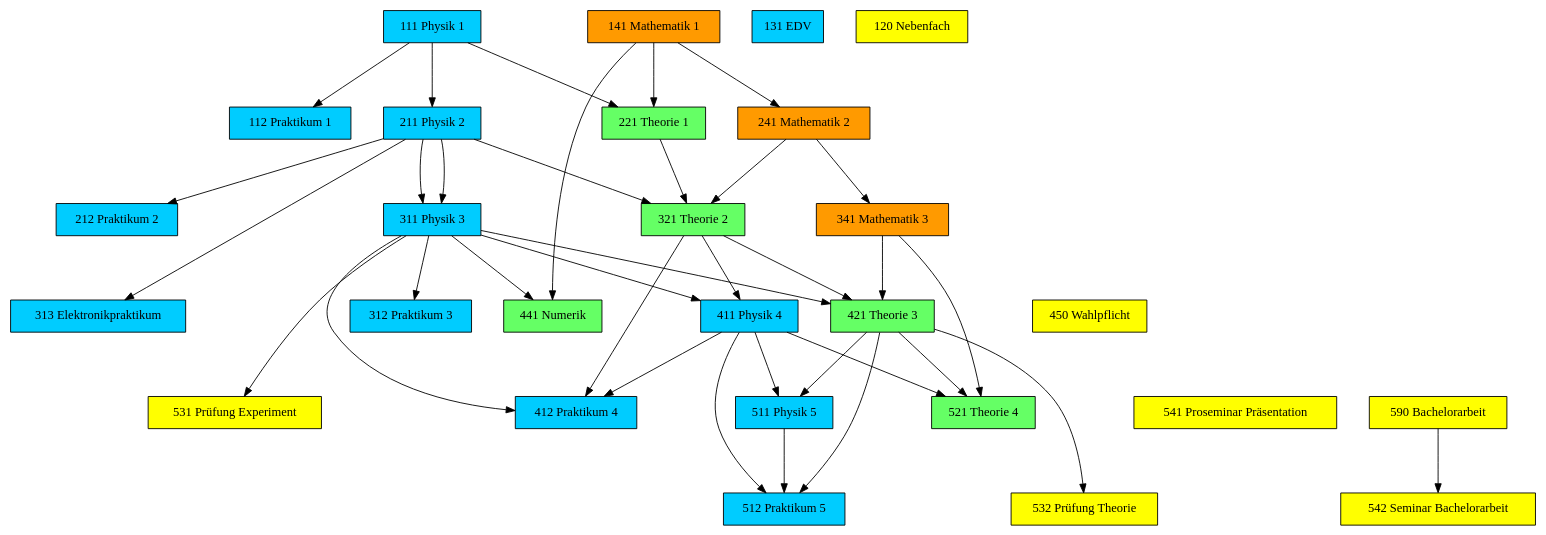
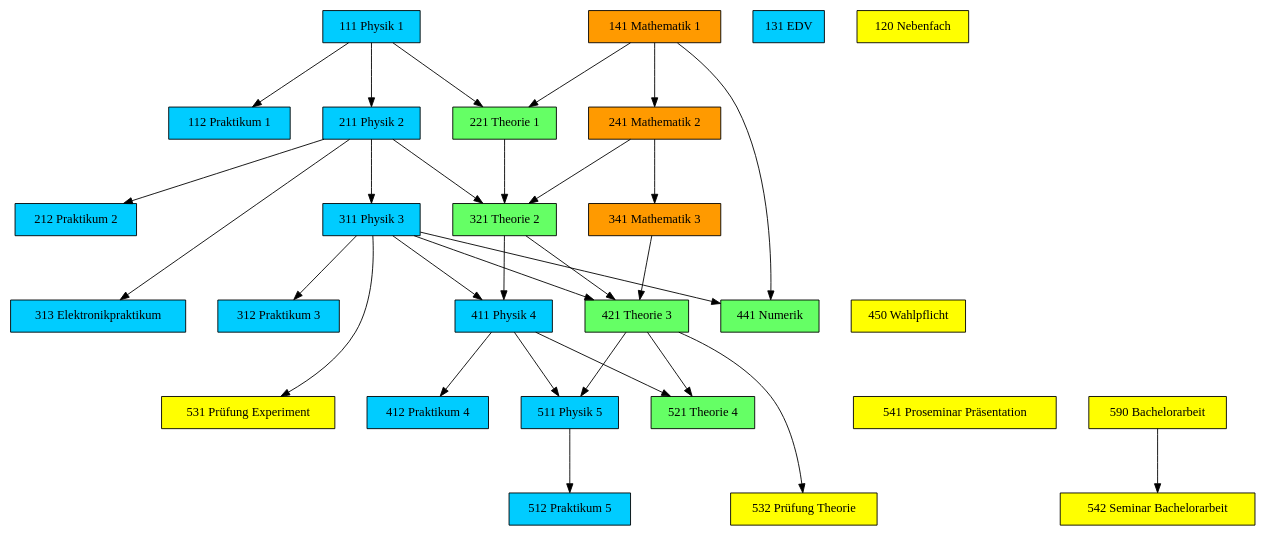
One commit to martin-ueding/master-of-physics-skilltree changed the diagram in Skilltree-Bachelor-2006.dot. Above: the diagram before and after it, drawn with Graphviz.

Commit message:
Reduce non-unique relationships

```diff
--- a/Skilltree-Bachelor-2006.dot
+++ b/Skilltree-Bachelor-2006.dot
@@ -1,139 +1,137 @@
 // Copyright © 2015 Martin Ueding <dev@martin-ueding.de>
 
 digraph {
     nodesep = .50
     ranksep = 1.0
 
     node [shape=box style=filled]
 
     {
         node[fillcolor="#00CCFF"]
 
         111 [label="111 Physik 1"]
         211 [label="211 Physik 2"]
         311 [label="311 Physik 3"]
         411 [label="411 Physik 4"]
         511 [label="511 Physik 5"]
 
         112 [label="112 Praktikum 1"]
         212 [label="212 Praktikum 2"]
         312 [label="312 Praktikum 3"]
         313 [label="313 Elektronikpraktikum"]
         412 [label="412 Praktikum 4"]
         512 [label="512 Praktikum 5"]
 
         131 [label="131 EDV"]
     }
     {
         node[fillcolor="#FF9A00"]
         141 [label="141 Mathematik 1"]
         241 [label="241 Mathematik 2"]
         341 [label="341 Mathematik 3"]
     }
     {
         node[fillcolor="#65FF65"]
         221 [label="221 Theorie 1"]
         321 [label="321 Theorie 2"]
         421 [label="421 Theorie 3"]
         521 [label="521 Theorie 4"]
 
         441 [label="441 Numerik"]
     }
     {
         node[fillcolor="#FFFF00"]
         120 [label="120 Nebenfach"]
         450 [label="450 Wahlpflicht"]
 
         531 [label="531 Prüfung Experiment"]
         532 [label="532 Prüfung Theorie"]
 
         541 [label="541 Proseminar Präsentation"]
         542 [label="542 Seminar Bachelorarbeit"]
 
         590 [label="590 Bachelorarbeit"]
     }
         
     {
         rank = same
 
         111
         141
         120
         131
     }
     {
         rank = same
 
         211
         112
         241
         221
     }
     {
         rank = same
 
         311
         212
         341
         321
     }
     {
         rank = same
 
         312
     }
     {
         rank = same
 
         411
         313
         441
         421
         450
     }
     {
         rank = same
 
         511
         412
         521
         531
         541
         590
     }
     {
         rank = same
 
         512
         532
         542
     }
 
 
     111 -> 112
+    111 -> 211
+    141 -> 241
+    141, 111 -> 221
     211 -> 212
-    111 -> 211
     211 -> 311
-    311 -> 412
-    141, 111 -> 221
-    141 -> 241
-    211 -> 311
+    211 -> 313
+    241 -> 341
+    241, 221, 211 -> 321
     311 -> 312
-    211 -> 313
-    241, 221, 211 -> 321
-    241 -> 341
+    311, 141 -> 441
     311, 321 -> 411
-    411, 321 -> 412
     341, 321, 311 -> 421
-    311, 141 -> 441
+    421, 411 -> 521
+    411 -> 412
     411, 421 -> 511
-    411, 421, 511 -> 512
-    341, 421, 411 -> 521
+    511 -> 512
 
     311 -> 531
     421 -> 532
 
     590 -> 542;
 }
 
 // vim: autoindent
```
